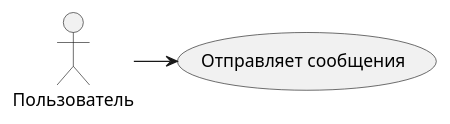
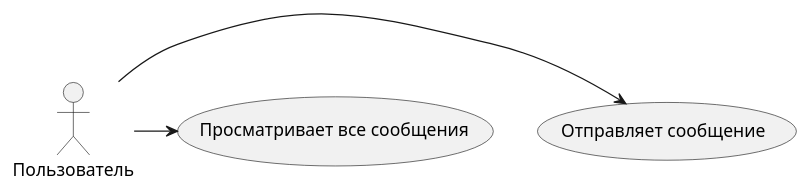
One commit to v5v5/MessageDispatcher changed the diagram in requirements/use-cases.pu. Above: the diagram before and after it, drawn with PlantUML. The commit also changed 4 other files, not shown here.

Commit message:
Исправил seqОноÐбилp½Џх sequе sequence-1.puÐ

```diff
--- a/requirements/use-cases.pu
+++ b/requirements/use-cases.pu
@@ -1,5 +1,6 @@
 @startuml
 
-:Пользователь: -> (Отправляет сообщения)
+:Пользователь: -> (Отправляет сообщение)
+:Пользователь: -> (Просматривает все сообщения)
 
 @enduml
```
